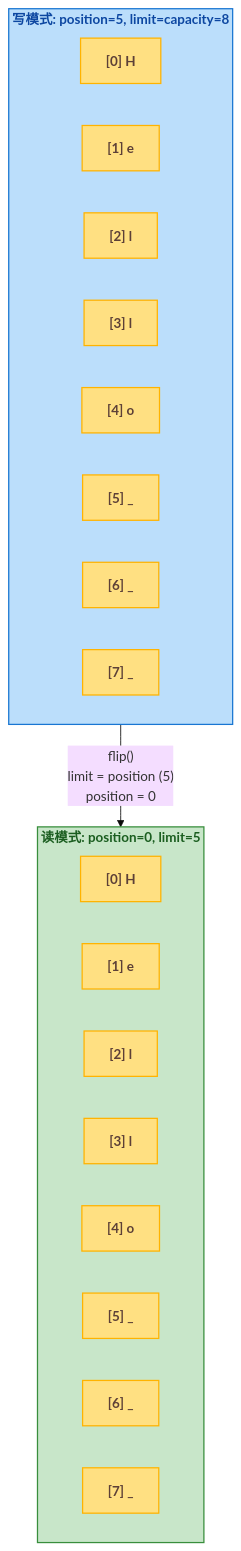
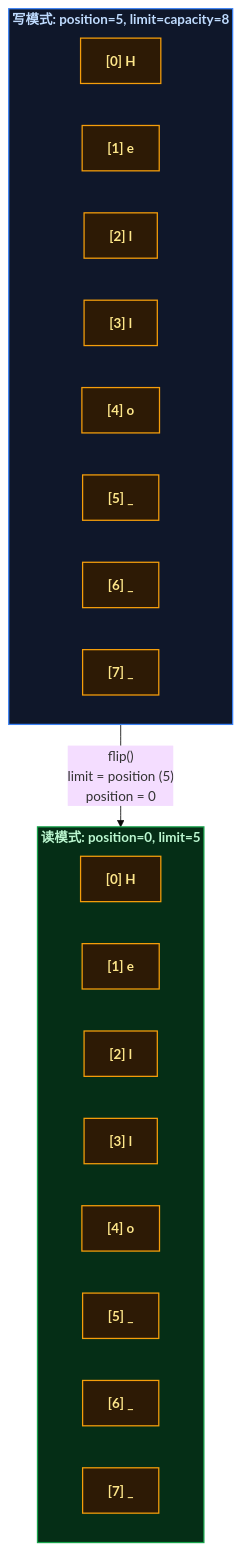
Before and after one commit to yaocat55/yaocat55.github.io: the ninth of 11 diagrams in content/posts/io/JavaNIO.md, drawn with Mermaid (base theme). The commit also changed other lines of this file and 155 other files, not shown here.

````diff
--- a/content/posts/io/JavaNIO.md
+++ b/content/posts/io/JavaNIO.md
@@ -697,42 +697,42 @@
 ```mermaid
 flowchart TD
     %% ==========================================
     %% 样式定义
     %% ==========================================
-    classDef write fill:#BBDEFB,stroke:#1976D2,stroke-width:1.5px,color:#0D47A1,font-weight:bold;
-    classDef read fill:#C8E6C9,stroke:#388E3C,stroke-width:1.5px,color:#1B5E20,font-weight:bold;
-    classDef flip fill:#FFE082,stroke:#FFB300,stroke-width:1.5px,color:#5D4037,font-weight:bold;
+classDef write fill:#0f172a,stroke:#3b82f6,stroke-width:1.5px,color:#bfdbfe,font-weight:bold;
+classDef read fill:#052e16,stroke:#16a34a,stroke-width:1.5px,color:#bbf7d0,font-weight:bold;
+classDef flip fill:#2d1a05,stroke:#f59e0b,stroke-width:1.5px,color:#fde68a,font-weight:bold;
 
     %% ==========================================
     %% Buffer 状态切换
     %% ==========================================
     subgraph WRITE_MODE ["写模式: position=5, limit=capacity=8"]
         direction LR
         CELL0["[0] H"]
         CELL1["[1] e"]
         CELL2["[2] l"]
         CELL3["[3] l"]
         CELL4["[4] o"]
         CELL5["[5] _"]
         CELL6["[6] _"]
         CELL7["[7] _"]
     end
 
     subgraph READ_MODE ["读模式: position=0, limit=5"]
         direction LR
         RCELL0["[0] H"]
         RCELL1["[1] e"]
         RCELL2["[2] l"]
         RCELL3["[3] l"]
         RCELL4["[4] o"]
         RCELL5["[5] _"]
         RCELL6["[6] _"]
         RCELL7["[7] _"]
     end
 
     WRITE_MODE -->|"flip()\nlimit = position (5)\nposition = 0"| READ_MODE
 
     class WRITE_MODE write;
     class READ_MODE read;
     class CELL0,CELL1,CELL2,CELL3,CELL4,CELL5,CELL6,CELL7,RCELL0,RCELL1,RCELL2,RCELL3,RCELL4,RCELL5,RCELL6,RCELL7 flip;
 ```
````
